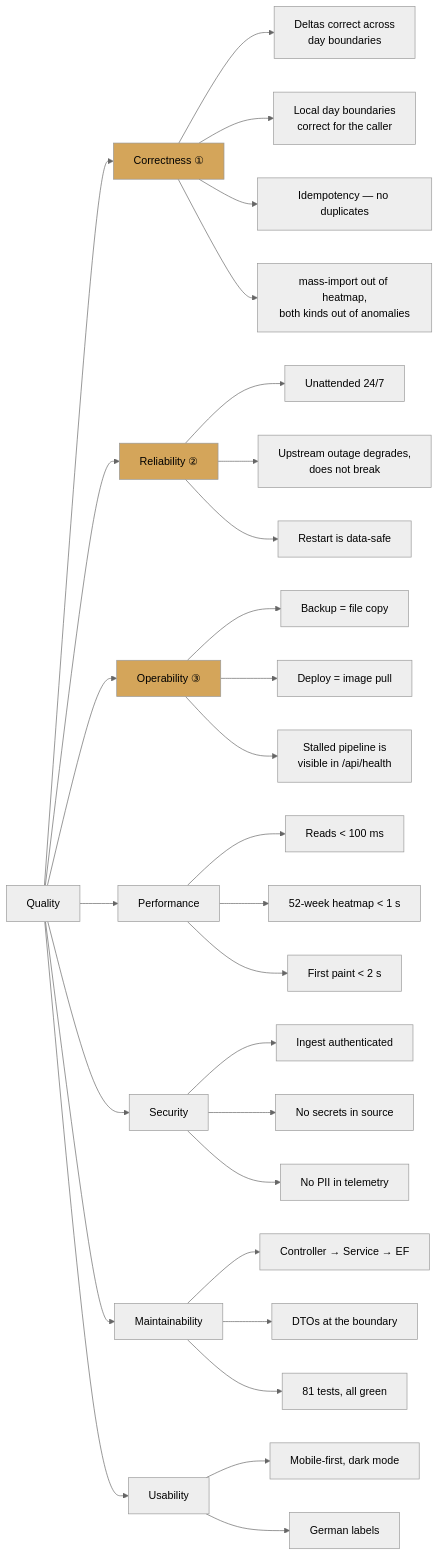
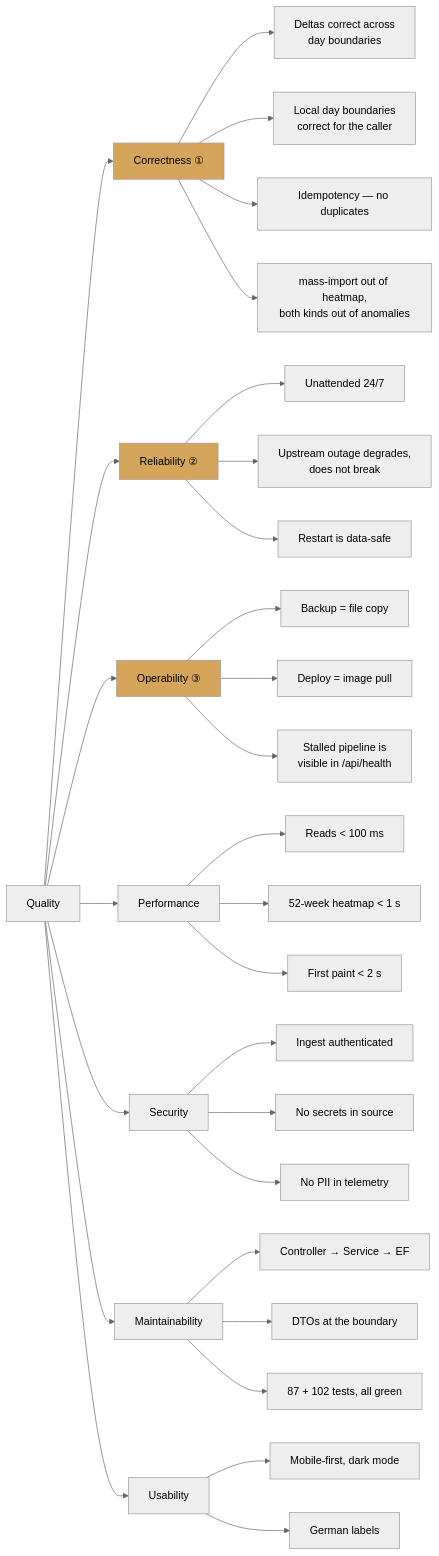
The diagram in doc/arc42/10-quality.md (Gereon93/coffee), drawn with Mermaid (neutral theme) before and after one commit. The commit also changed other lines of this file and 68 other files, not shown here.

````diff
--- a/doc/arc42/10-quality.md
+++ b/doc/arc42/10-quality.md
@@ -5,44 +5,44 @@
 ```mermaid
 graph LR
     Q["Quality"]
 
     Q --> C["Correctness ①"]
     Q --> R["Reliability ②"]
     Q --> O["Operability ③"]
     Q --> P["Performance"]
     Q --> S["Security"]
     Q --> M["Maintainability"]
     Q --> U["Usability"]
 
     C --> C1["Deltas correct across<br/>day boundaries"]
     C --> C2["Local day boundaries<br/>correct for the caller"]
     C --> C3["Idempotency — no duplicates"]
     C --> C4["mass-import out of heatmap,<br/>both kinds out of anomalies"]
 
     R --> R1["Unattended 24/7"]
     R --> R2["Upstream outage degrades,<br/>does not break"]
     R --> R3["Restart is data-safe"]
 
     O --> O1["Backup = file copy"]
     O --> O2["Deploy = image pull"]
     O --> O3["Stalled pipeline is<br/>visible in /api/health"]
 
     P --> P1["Reads < 100 ms"]
     P --> P2["52-week heatmap < 1 s"]
     P --> P3["First paint < 2 s"]
 
     S --> S1["Ingest authenticated"]
     S --> S2["No secrets in source"]
     S --> S3["No PII in telemetry"]
 
     M --> M1["Controller → Service → EF"]
     M --> M2["DTOs at the boundary"]
-    M --> M3["81 tests, all green"]
+    M --> M3["87 + 102 tests, all green"]
 
     U --> U1["Mobile-first, dark mode"]
     U --> U2["German labels"]
 
     style C fill:#d4a55a
     style R fill:#d4a55a
     style O fill:#d4a55a
 ```
````
